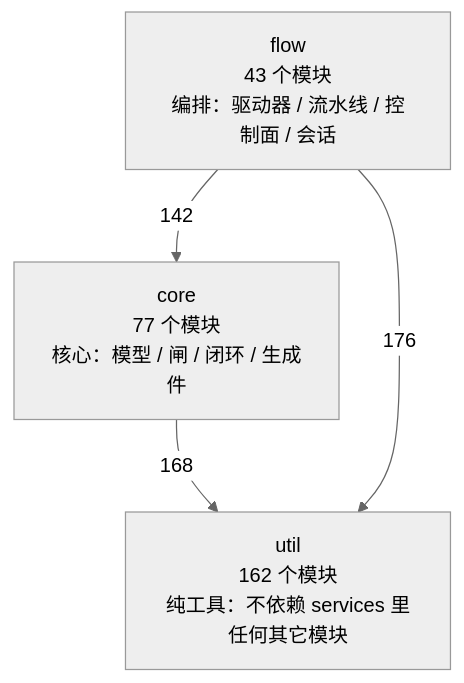
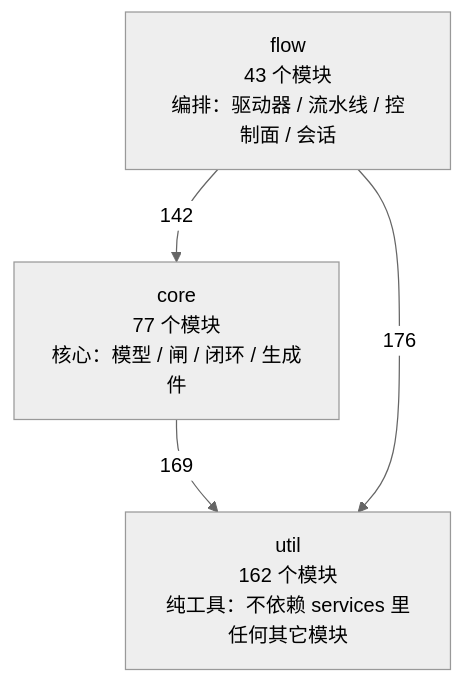
One commit to 2686521696/WhyBuddy changed the first of 4 diagrams in docs/SlideRule V6.2 架构图（自动生成）.md. Above: the diagram before and after it, drawn with Mermaid (neutral theme). The commit also changed other lines of this file and 5 other files, not shown here.

First line of the commit message:
子代理也能看图：派去「独立读图」的子代理真的拿到那张图，没看到照实说

````diff
--- a/docs/SlideRule V6.2 架构图（自动生成）.md
+++ b/docs/SlideRule V6.2 架构图（自动生成）.md
@@ -50,9 +50,9 @@
 ```mermaid
 flowchart TB
   util["util<br/>162 个模块<br/>纯工具：不依赖 services 里任何其它模块"]
   core["core<br/>77 个模块<br/>核心：模型 / 闸 / 闭环 / 生成件"]
   flow["flow<br/>43 个模块<br/>编排：驱动器 / 流水线 / 控制面 / 会话"]
-  core -->|168| util
+  core -->|169| util
   flow -->|142| core
   flow -->|176| util
 ```
````
